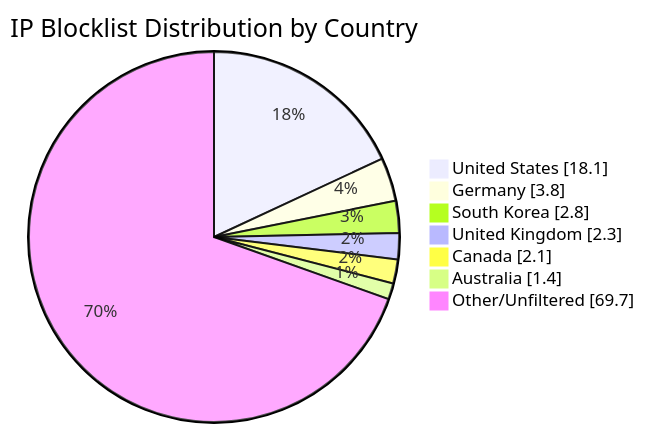
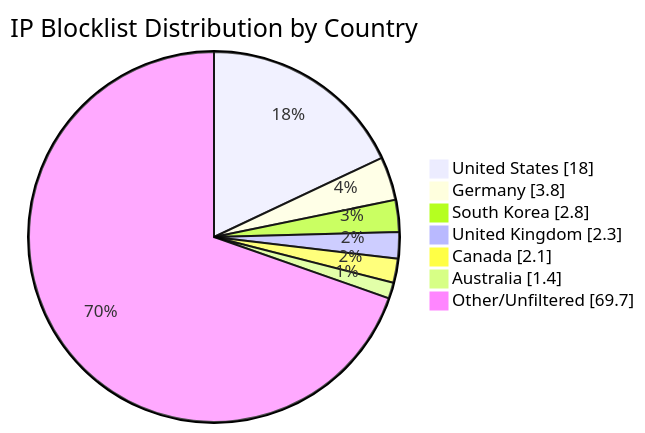
The diagram in README.md (MarcusHoltz/ipblocklist-geofiltered-aggregator), drawn with Mermaid before and after one commit. The commit also changed other lines of this file and 9 other files, not shown here.

````diff
--- a/README.md
+++ b/README.md
@@ -34,10 +34,10 @@
 ```mermaid
 pie showData title IP Blocklist Distribution by Country
-"United States" : 18.1
+"United States" : 18.0
 "Germany" : 3.8
 "South Korea" : 2.8
 "United Kingdom" : 2.3
 "Canada" : 2.1
 "Australia" : 1.4
 "Other/Unfiltered" : 69.7
 ```
````
